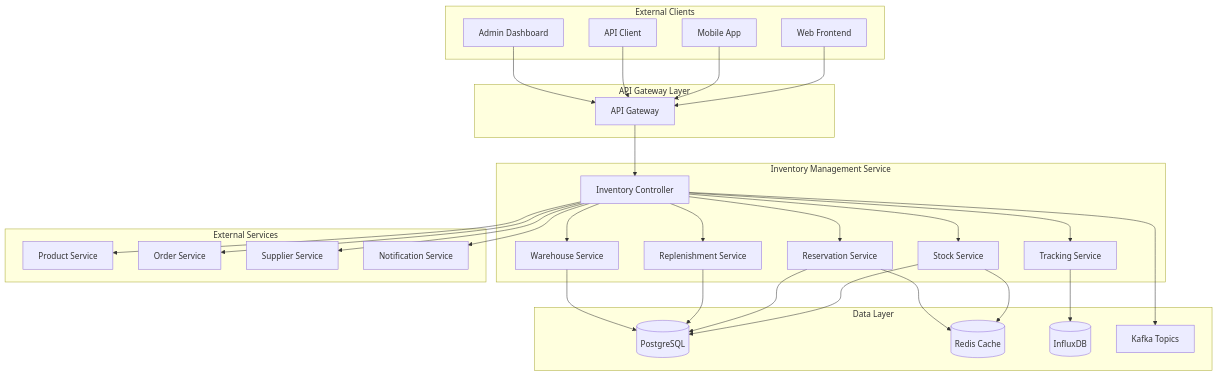
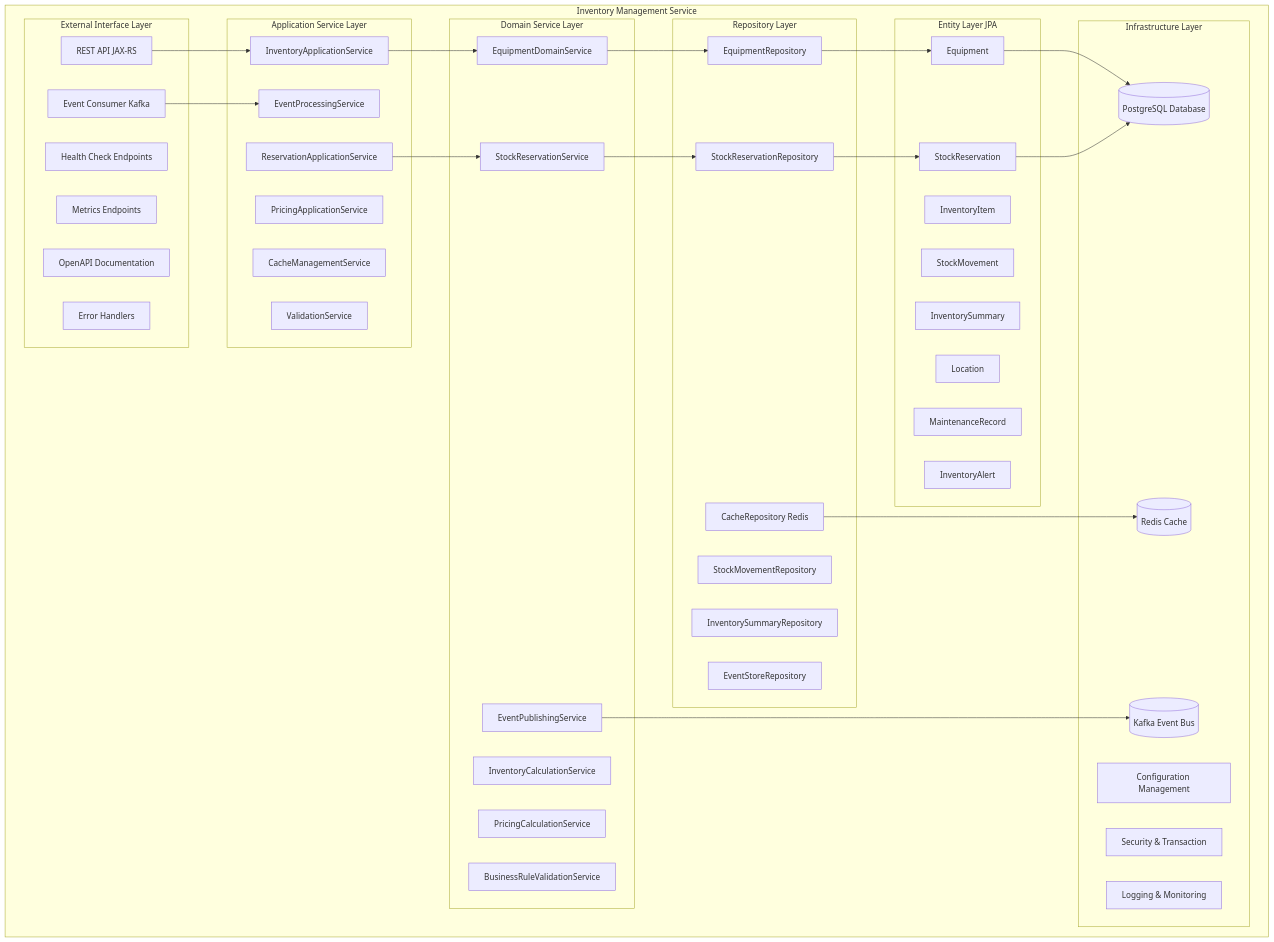
Before and after one commit to bbenz/AI-Driven-Ski-Shop-Dev-with-Jakarta-EE: the second of 8 diagrams in design-docs/05-inventory-management-service.md, drawn with Mermaid. The commit also changed other lines of this file and 32 other files, not shown here.

First line of the commit message:
Design Changed for Inventory Service

````diff
--- a/design-docs/05-inventory-management-service.md
+++ b/design-docs/05-inventory-management-service.md
@@ -81,66 +103,73 @@
 ```mermaid
-graph TB
-    subgraph "External Clients"
-        WEB[Web Frontend]
-        MOBILE[Mobile App]
-        API_CLIENT[API Client]
-        ADMIN[Admin Dashboard]
+graph TD
+    subgraph "Inventory Management Service"
+        subgraph "External Interface Layer"
+            REST[REST API JAX-RS]
+            EVENT[Event Consumer Kafka]
+            HEALTH[Health Check Endpoints]
+            METRICS[Metrics Endpoints]
+            API[OpenAPI Documentation]
+            ERROR[Error Handlers]
+        end
+        
+        subgraph "Application Service Layer"
+            INV_APP[InventoryApplicationService]
+            RES_APP[ReservationApplicationService]
+            PRICE_APP[PricingApplicationService]
+            EVENT_APP[EventProcessingService]
+            CACHE_APP[CacheManagementService]
+            VALID_APP[ValidationService]
+        end
+        
+        subgraph "Domain Service Layer"
+            EQUIP_DOM[EquipmentDomainService]
+            STOCK_DOM[StockReservationService]
+            CALC_DOM[InventoryCalculationService]
+            PRICE_DOM[PricingCalculationService]
+            RULE_DOM[BusinessRuleValidationService]
+            PUB_DOM[EventPublishingService]
+        end
+        
+        subgraph "Repository Layer"
+            EQUIP_REPO[EquipmentRepository]
+            STOCK_REPO[StockReservationRepository]
+            MOVE_REPO[StockMovementRepository]
+            SUMM_REPO[InventorySummaryRepository]
+            CACHE_REPO[CacheRepository Redis]
+            EVENT_REPO[EventStoreRepository]
+        end
+        
+        subgraph "Entity Layer JPA"
+            EQUIPMENT[Equipment]
+            INVENTORY[InventoryItem]
+            RESERVATION[StockReservation]
+            MOVEMENT[StockMovement]
+            SUMMARY[InventorySummary]
+            LOCATION[Location]
+            MAINTENANCE[MaintenanceRecord]
+            ALERT[InventoryAlert]
+        end
+        
+        subgraph "Infrastructure Layer"
+            POSTGRES[(PostgreSQL Database)]
+            REDIS[(Redis Cache)]
+            KAFKA[(Kafka Event Bus)]
+            CONFIG[Configuration Management]
+            SECURITY[Security & Transaction]
+            LOGGING[Logging & Monitoring]
+        end
     end
     
-    subgraph "API Gateway Layer"
-        GATEWAY[API Gateway]
-    end
-    
-    subgraph "Inventory Management Service"
-        INVENTORY_CTRL[Inventory Controller]
-        STOCK_SERVICE[Stock Service]
-        RESERVATION_SERVICE[Reservation Service]
-        REPLENISHMENT_SERVICE[Replenishment Service]
-        WAREHOUSE_SERVICE[Warehouse Service]
-        TRACKING_SERVICE[Tracking Service]
-    end
-    
-    subgraph "Data Layer"
-        POSTGRES[(PostgreSQL)]
-        REDIS[(Redis Cache)]
-        INFLUXDB[(InfluxDB)]
-        KAFKA[Kafka Topics]
-    end
-    
-    subgraph "External Services"
-        PRODUCT_SERVICE[Product Service]
-        ORDER_SERVICE[Order Service]
-        SUPPLIER_SERVICE[Supplier Service]
-        NOTIFICATION_SERVICE[Notification Service]
-    end
-    
-    WEB --> GATEWAY
-    MOBILE --> GATEWAY
-    API_CLIENT --> GATEWAY
-    ADMIN --> GATEWAY
-    
-    GATEWAY --> INVENTORY_CTRL
-    
-    INVENTORY_CTRL --> STOCK_SERVICE
-    INVENTORY_CTRL --> RESERVATION_SERVICE
-    INVENTORY_CTRL --> REPLENISHMENT_SERVICE
-    INVENTORY_CTRL --> WAREHOUSE_SERVICE
-    INVENTORY_CTRL --> TRACKING_SERVICE
-    
-    STOCK_SERVICE --> POSTGRES
-    RESERVATION_SERVICE --> POSTGRES
-    REPLENISHMENT_SERVICE --> POSTGRES
-    WAREHOUSE_SERVICE --> POSTGRES
-    
-    STOCK_SERVICE --> REDIS
-    RESERVATION_SERVICE --> REDIS
-    
-    TRACKING_SERVICE --> INFLUXDB
-    
-    INVENTORY_CTRL --> KAFKA
-    
-    INVENTORY_CTRL --> PRODUCT_SERVICE
-    INVENTORY_CTRL --> ORDER_SERVICE
-    INVENTORY_CTRL --> SUPPLIER_SERVICE
-    INVENTORY_CTRL --> NOTIFICATION_SERVICE
+    REST --> INV_APP
+    EVENT --> EVENT_APP
+    INV_APP --> EQUIP_DOM
+    RES_APP --> STOCK_DOM
+    EQUIP_DOM --> EQUIP_REPO
+    STOCK_DOM --> STOCK_REPO
+    EQUIP_REPO --> EQUIPMENT
+    STOCK_REPO --> RESERVATION
+    EQUIPMENT --> POSTGRES
+    RESERVATION --> POSTGRES
+    CACHE_REPO --> REDIS
+    PUB_DOM --> KAFKA
 ```
````
